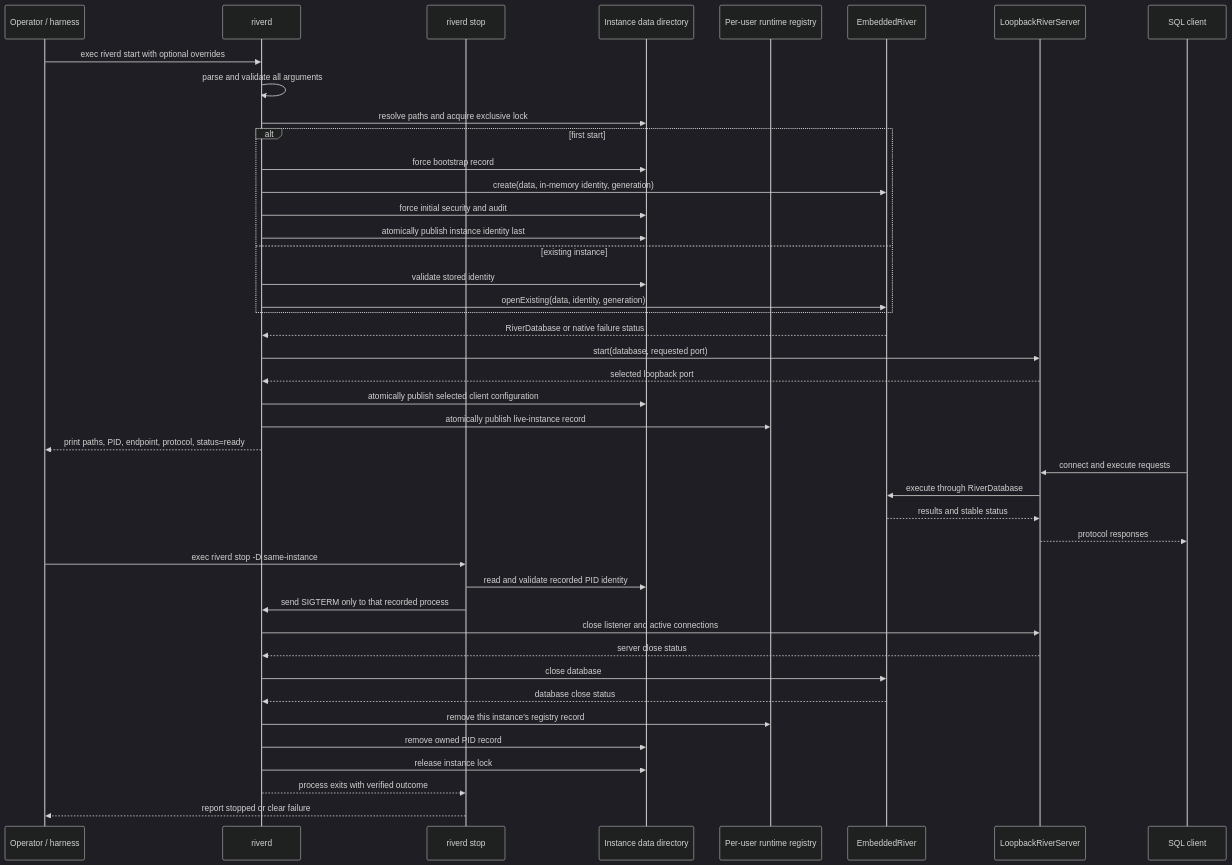
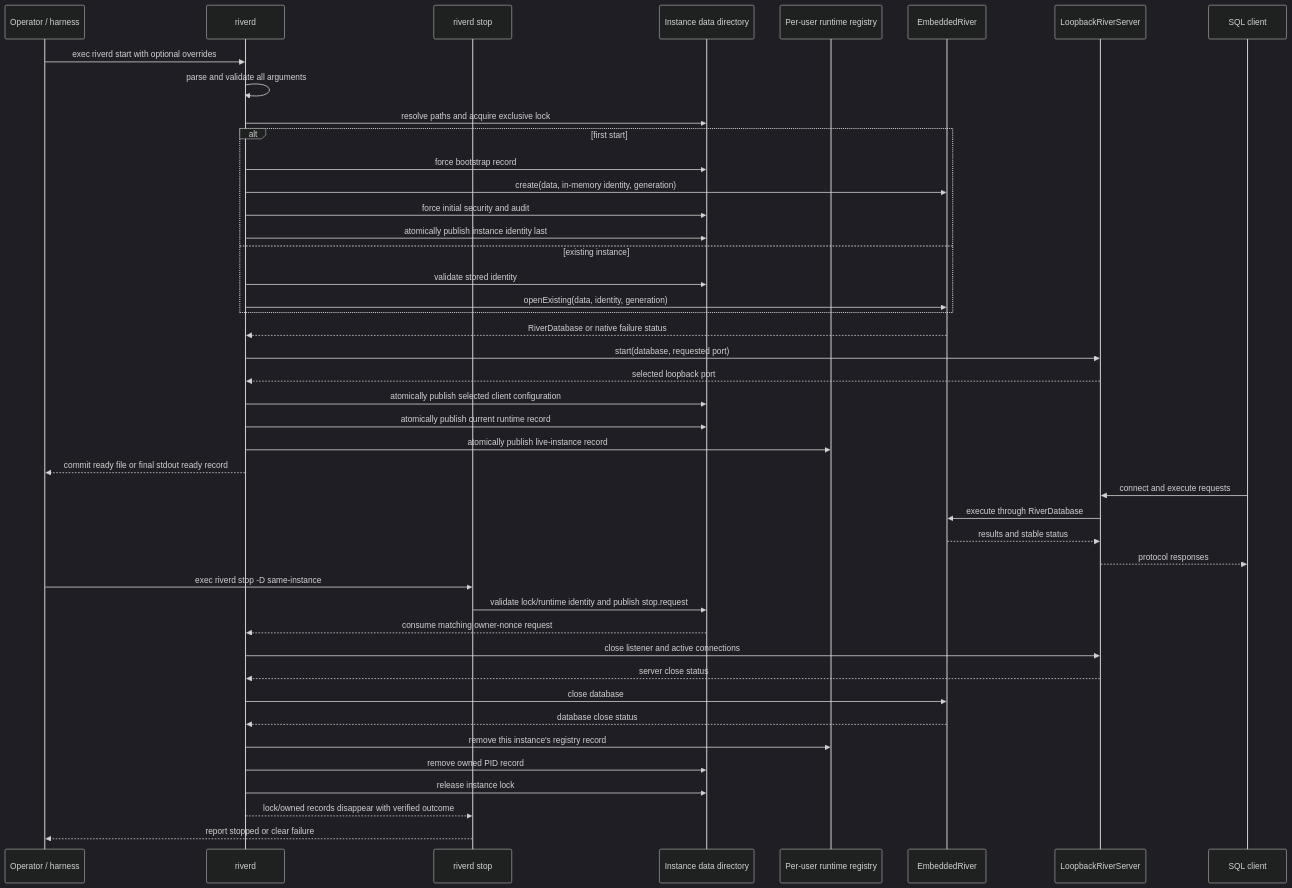
The second of 2 diagrams in docs/plans/riverd-standalone-server-plan.md (blater/river), drawn with Mermaid (dark theme) before and after one commit. The commit also changed other lines of this file and 6 other files, not shown here.

````diff
--- a/docs/plans/riverd-standalone-server-plan.md
+++ b/docs/plans/riverd-standalone-server-plan.md
@@ -105,46 +105,47 @@
 ```mermaid
 sequenceDiagram
   participant C as Operator / harness
   participant D as riverd
   participant T as riverd stop
   participant H as Instance data directory
   participant R as Per-user runtime registry
   participant E as EmbeddedRiver
   participant S as LoopbackRiverServer
   participant Q as SQL client
 
   C->>D: exec riverd start with optional overrides
   D->>D: parse and validate all arguments
   D->>H: resolve paths and acquire exclusive lock
   alt first start
     D->>H: force bootstrap record
     D->>E: create(data, in-memory identity, generation)
     D->>H: force initial security and audit
     D->>H: atomically publish instance identity last
   else existing instance
     D->>H: validate stored identity
     D->>E: openExisting(data, identity, generation)
   end
   E-->>D: RiverDatabase or native failure status
   D->>S: start(database, requested port)
   S-->>D: selected loopback port
   D->>H: atomically publish selected client configuration
+  D->>H: atomically publish current runtime record
   D->>R: atomically publish live-instance record
-  D-->>C: print paths, PID, endpoint, protocol, status=ready
+  D-->>C: commit ready file or final stdout ready record
   Q->>S: connect and execute requests
   S->>E: execute through RiverDatabase
   E-->>S: results and stable status
   S-->>Q: protocol responses
   C->>T: exec riverd stop -D same-instance
-  T->>H: read and validate recorded PID identity
-  T->>D: send SIGTERM only to that recorded process
+  T->>H: validate lock/runtime identity and publish stop.request
+  H-->>D: consume matching owner-nonce request
   D->>S: close listener and active connections
   S-->>D: server close status
   D->>E: close database
   E-->>D: database close status
   D->>R: remove this instance's registry record
   D->>H: remove owned PID record
   D->>H: release instance lock
-  D-->>T: process exits with verified outcome
+  D-->>T: lock/owned records disappear with verified outcome
   T-->>C: report stopped or clear failure
 ```
````
